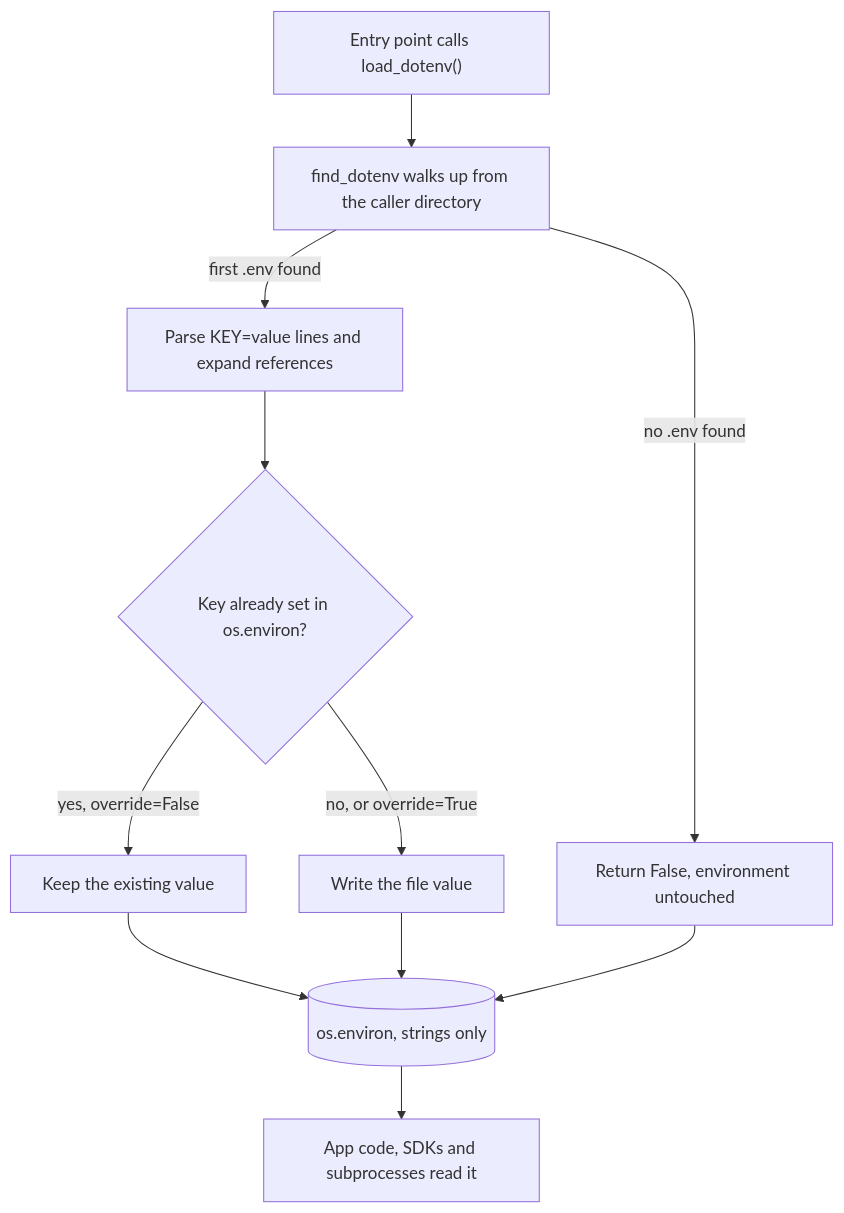
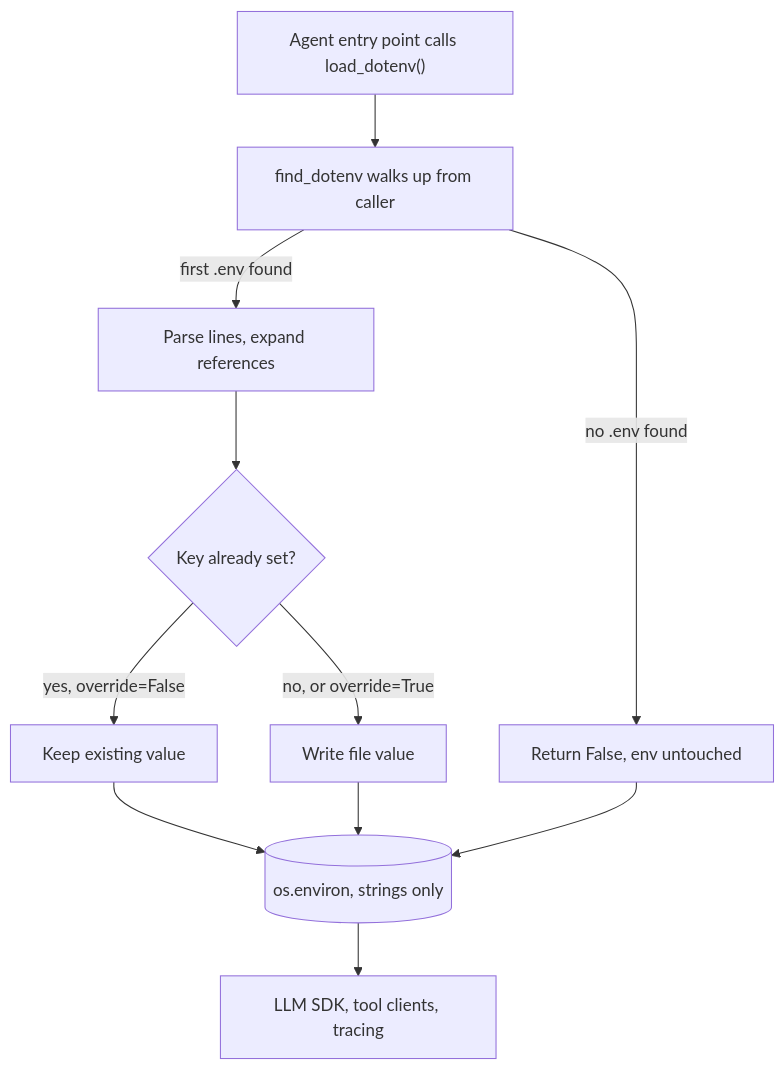
The diagram in content/python-for-ai/python-dotenv.md (lovishmahajan97/agentic-learning), drawn with Mermaid before and after one commit. The commit also changed other lines of this file and 266 other files, not shown here.

````diff
--- a/content/python-for-ai/python-dotenv.md
+++ b/content/python-for-ai/python-dotenv.md
@@ -104,13 +120,13 @@
 ```mermaid
 flowchart TD
-    A["Entry point calls load_dotenv()"] --> B["find_dotenv walks up from the caller directory"]
-    B -->|"no .env found"| N["Return False, environment untouched"]
-    B -->|"first .env found"| P["Parse KEY=value lines and expand references"]
-    P --> K{"Key already set in os.environ?"}
-    K -->|"yes, override=False"| S["Keep the existing value"]
-    K -->|"no, or override=True"| W["Write the file value"]
+    A["Agent entry point calls load_dotenv()"] --> B["find_dotenv walks up from caller"]
+    B -->|"no .env found"| N["Return False, env untouched"]
+    B -->|"first .env found"| P["Parse lines, expand references"]
+    P --> K{"Key already set?"}
+    K -->|"yes, override=False"| S["Keep existing value"]
+    K -->|"no, or override=True"| W["Write file value"]
     S --> E[("os.environ, strings only")]
     W --> E
     N --> E
-    E --> C["App code, SDKs and subprocesses read it"]
+    E --> C["LLM SDK, tool clients, tracing"]
 ```
````
